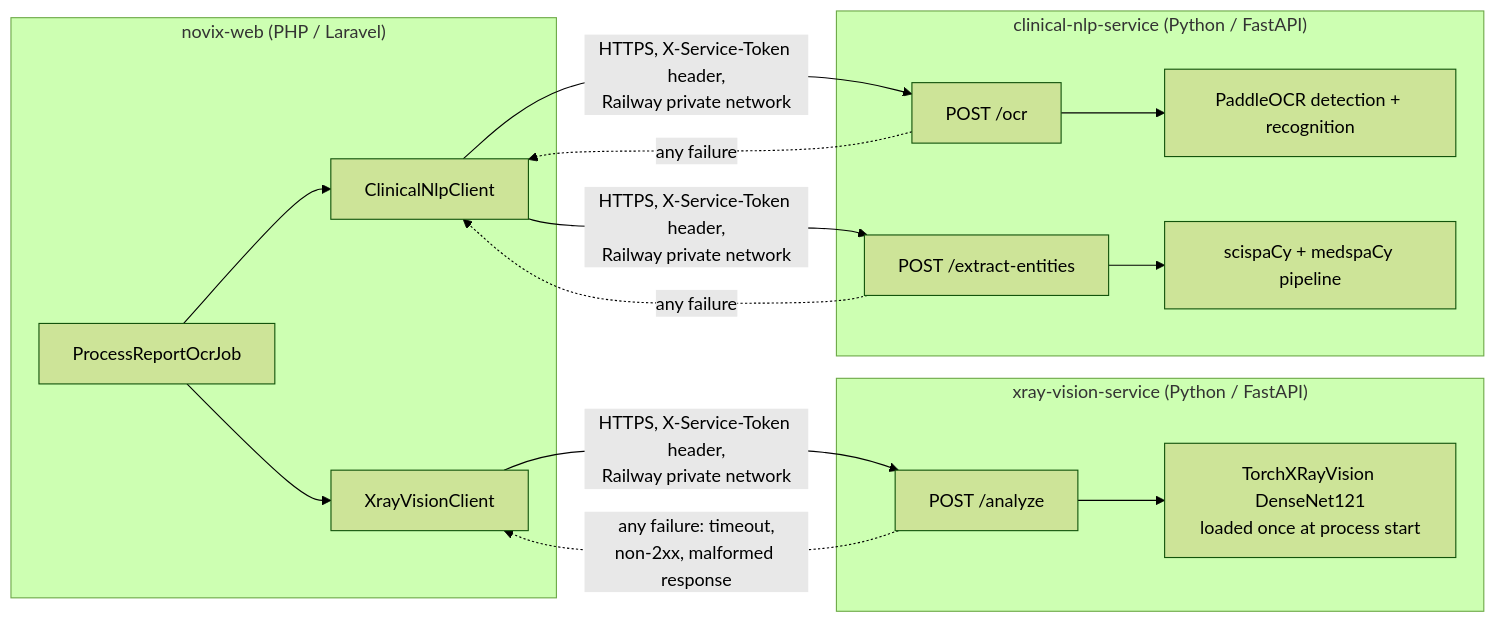
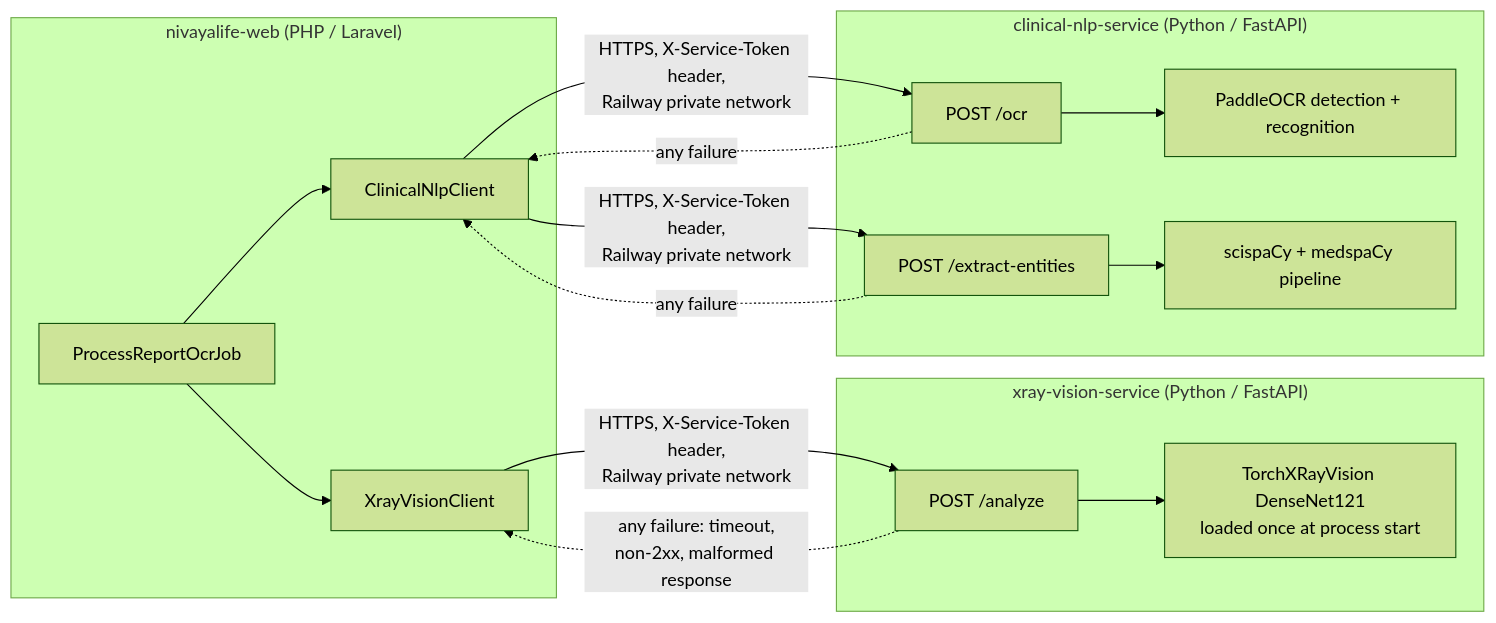
The first of 2 diagrams in README.md (neevmodh/NivayaLife), drawn with Mermaid (forest theme) before and after one commit. The commit also changed other lines of this file and 102 other files, not shown here.

````diff
--- a/README.md
+++ b/README.md
@@ -129,38 +129,38 @@
 ```mermaid
 flowchart LR
-    subgraph Laravel["novix-web (PHP / Laravel)"]
+    subgraph Laravel["nivayalife-web (PHP / Laravel)"]
         Job["ProcessReportOcrJob"]
         XClient["XrayVisionClient"]
         CClient["ClinicalNlpClient"]
         Job --> XClient
         Job --> CClient
     end
 
     subgraph XraySvc["xray-vision-service (Python / FastAPI)"]
         XEndpoint["POST /analyze"]
         XModel["TorchXRayVision DenseNet121
 loaded once at process start"]
         XEndpoint --> XModel
     end
 
     subgraph NlpSvc["clinical-nlp-service (Python / FastAPI)"]
         NEndpoint1["POST /ocr"]
         NEndpoint2["POST /extract-entities"]
         NModel1["PaddleOCR detection + recognition"]
         NModel2["scispaCy + medspaCy pipeline"]
         NEndpoint1 --> NModel1
         NEndpoint2 --> NModel2
     end
 
     XClient -->|"HTTPS, X-Service-Token header,
 Railway private network"| XEndpoint
     CClient -->|"HTTPS, X-Service-Token header,
 Railway private network"| NEndpoint1
     CClient -->|"HTTPS, X-Service-Token header,
 Railway private network"| NEndpoint2
 
     XEndpoint -.->|any failure: timeout,
 non-2xx, malformed response| XClient
     NEndpoint1 -.->|any failure| CClient
     NEndpoint2 -.->|any failure| CClient
 ```
````
